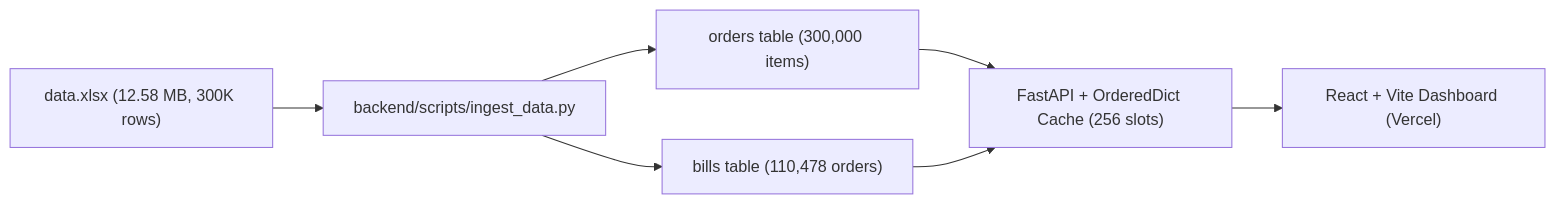
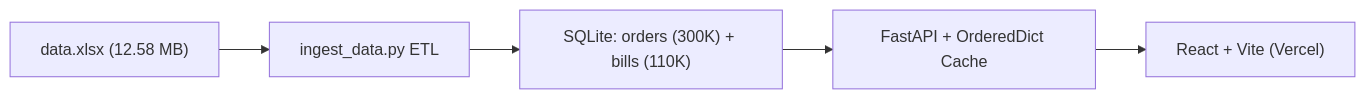
One commit to FaseehHarisM/california-burrito-analytics changed the diagram in README.md. Above: the diagram before and after it, drawn with Mermaid. The commit also changed other lines of this file, not shown here.

````diff
--- a/README.md
+++ b/README.md
@@ -40,9 +31,7 @@
 ```mermaid
 flowchart LR
-  X["data.xlsx (12.58 MB, 300K rows)"] --> E["backend/scripts/ingest_data.py"]
-  E --> O["orders table (300,000 items)"]
-  E --> B["bills table (110,478 orders)"]
-  O --> A["FastAPI + OrderedDict Cache (256 slots)"]
-  B --> A
-  A --> U["React + Vite Dashboard (Vercel)"]
+  A["data.xlsx (12.58 MB)"] --> B["ingest_data.py ETL"]
+  B --> C["SQLite: orders (300K) + bills (110K)"]
+  C --> D["FastAPI + OrderedDict Cache"]
+  D --> E["React + Vite (Vercel)"]
 ```
````
